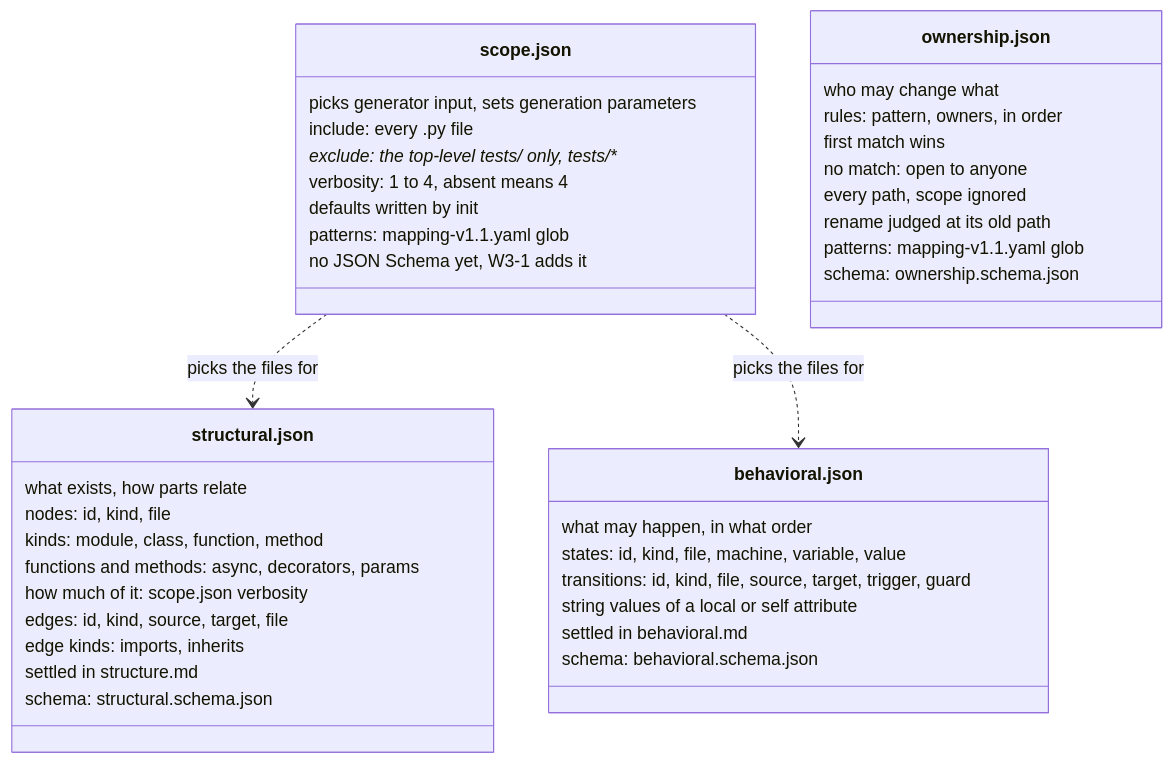
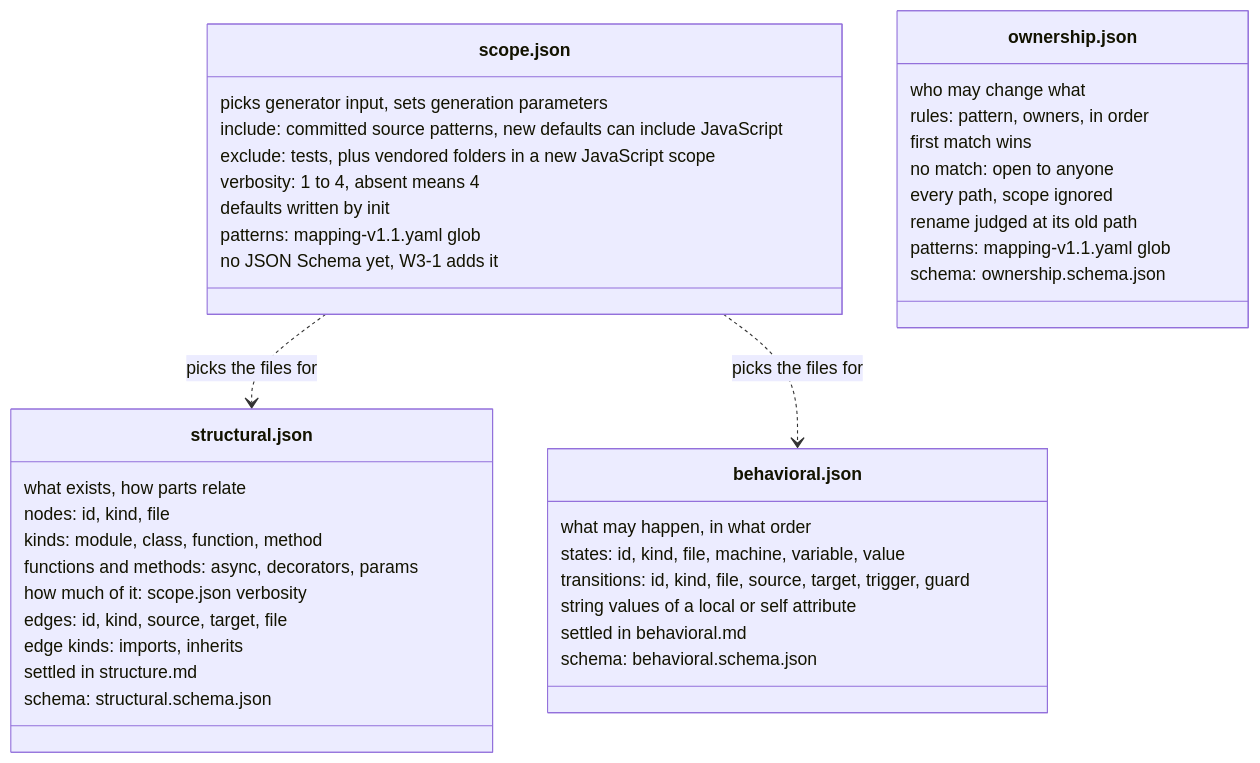
The diagram in docs/diagrams/models-folder.md (MuhammadSban/DocumentationModelDrifter), drawn with Mermaid before and after one commit. The commit also changed other lines of this file and 9 other files, not shown here.

First line of the commit message:
Document JavaScript support and local verification limits

````diff
--- a/docs/diagrams/models-folder.md
+++ b/docs/diagrams/models-folder.md
@@ -7,47 +7,47 @@
 ```mermaid
 classDiagram
     accTitle: The four files in /models
     accDescr: scope.json picks which files feed the structural and behavioral generators. structural.json holds nodes and edges, behavioral.json states and transitions, ownership.json an ordered list of rules.
 
     class scope["scope.json"] {
         picks generator input, sets generation parameters
-        include: every .py file
-        exclude: the top-level tests/ only, tests/**
+        include: committed source patterns, new defaults can include JavaScript
+        exclude: tests, plus vendored folders in a new JavaScript scope
         verbosity: 1 to 4, absent means 4
         defaults written by init
         patterns: mapping-v1.1.yaml glob
         no JSON Schema yet, W3-1 adds it
     }
     class structural["structural.json"] {
         what exists, how parts relate
         nodes: id, kind, file
         kinds: module, class, function, method
         functions and methods: async, decorators, params
         how much of it: scope.json verbosity
         edges: id, kind, source, target, file
         edge kinds: imports, inherits
         settled in structure.md
         schema: structural.schema.json
     }
     class behavioral["behavioral.json"] {
         what may happen, in what order
         states: id, kind, file, machine, variable, value
         transitions: id, kind, file, source, target, trigger, guard
         string values of a local or self attribute
         settled in behavioral.md
         schema: behavioral.schema.json
     }
     class ownership["ownership.json"] {
         who may change what
         rules: pattern, owners, in order
         first match wins
         no match: open to anyone
         every path, scope ignored
         rename judged at its old path
         patterns: mapping-v1.1.yaml glob
         schema: ownership.schema.json
     }
 
     scope ..> structural : picks the files for
     scope ..> behavioral : picks the files for
 ```
````
